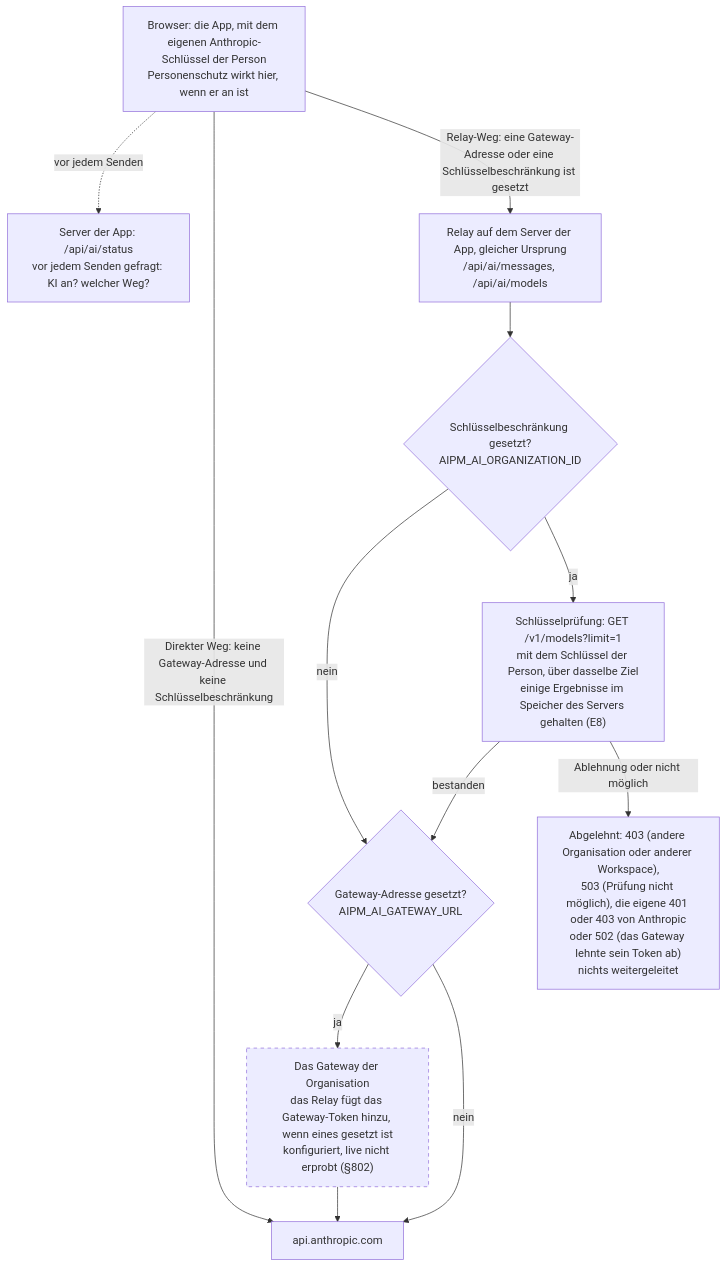
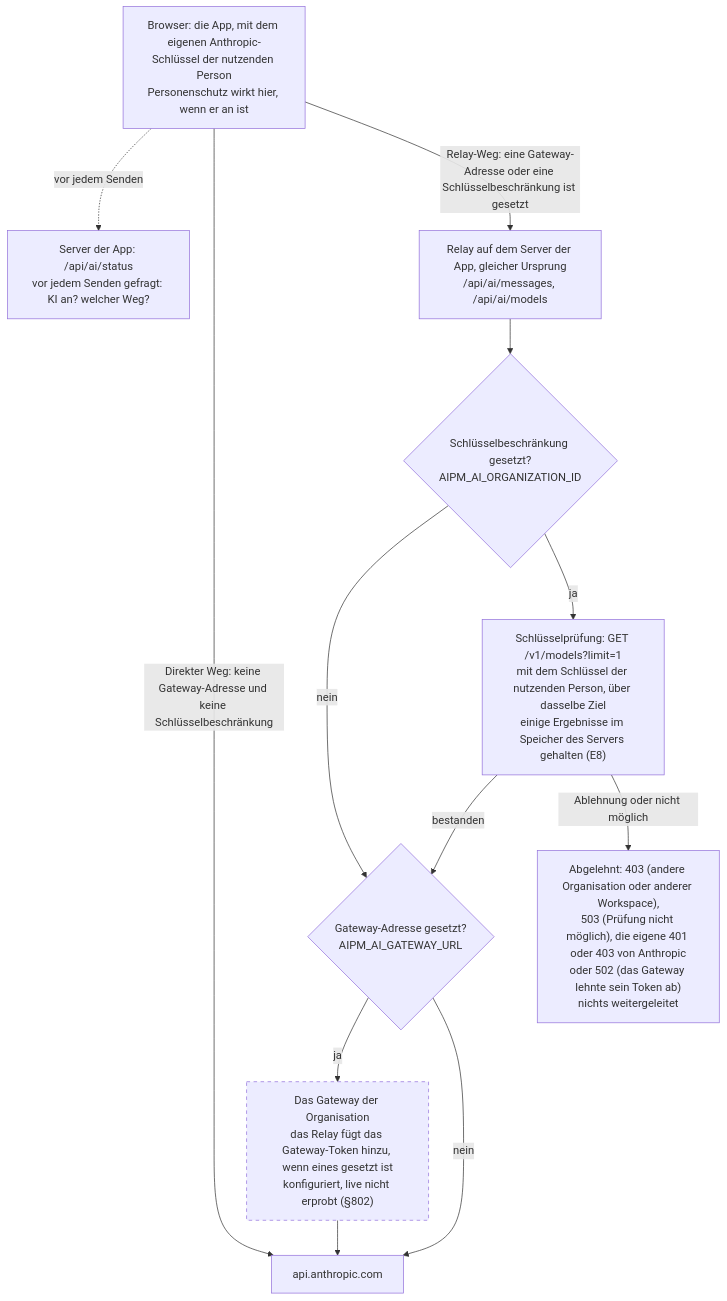
The diagram in docs/briefs/de/appendix.md (sebastianmaute/aipm-cockpit), drawn with Mermaid before and after one commit. The commit also changed other lines of this file and 3 other files, not shown here.

````diff
--- a/docs/briefs/de/appendix.md
+++ b/docs/briefs/de/appendix.md
@@ -45,26 +45,26 @@
 ```mermaid
 flowchart TB
-  B["Browser: die App, mit dem eigenen Anthropic-Schlüssel der Person<br/>Personenschutz wirkt hier, wenn er an ist"]
+  B["Browser: die App, mit dem eigenen Anthropic-Schlüssel der nutzenden Person<br/>Personenschutz wirkt hier, wenn er an ist"]
   ST["Server der App: /api/ai/status<br/>vor jedem Senden gefragt: KI an? welcher Weg?"]
   A["api.anthropic.com"]
   R["Relay auf dem Server der App, gleicher Ursprung<br/>/api/ai/messages, /api/ai/models"]
   KR{"Schlüsselbeschränkung gesetzt?<br/>AIPM_AI_ORGANIZATION_ID"}
-  KC["Schlüsselprüfung: GET /v1/models?limit=1<br/>mit dem Schlüssel der Person, über dasselbe Ziel<br/>einige Ergebnisse im Speicher des Servers gehalten (E8)"]
+  KC["Schlüsselprüfung: GET /v1/models?limit=1<br/>mit dem Schlüssel der nutzenden Person, über dasselbe Ziel<br/>einige Ergebnisse im Speicher des Servers gehalten (E8)"]
   NO["Abgelehnt: 403 (andere Organisation oder anderer Workspace),<br/>503 (Prüfung nicht möglich), die eigene 401 oder 403 von Anthropic<br/>oder 502 (das Gateway lehnte sein Token ab)<br/>nichts weitergeleitet"]
   UP{"Gateway-Adresse gesetzt?<br/>AIPM_AI_GATEWAY_URL"}
   G["Das Gateway der Organisation<br/>das Relay fügt das Gateway-Token hinzu, wenn eines gesetzt ist<br/>konfiguriert, live nicht erprobt (§802)"]
 
   B -.->|"vor jedem Senden"| ST
   B -->|"Direkter Weg: keine Gateway-Adresse und keine Schlüsselbeschränkung"| A
   B -->|"Relay-Weg: eine Gateway-Adresse oder eine Schlüsselbeschränkung ist gesetzt"| R
   R --> KR
   KR -->|"nein"| UP
   KR -->|"ja"| KC
   KC -->|"bestanden"| UP
   KC -->|"Ablehnung oder nicht möglich"| NO
   UP -->|"ja"| G
   UP -->|"nein"| A
   G --> A
 
   style G stroke-dasharray: 5 5
 ```
````
